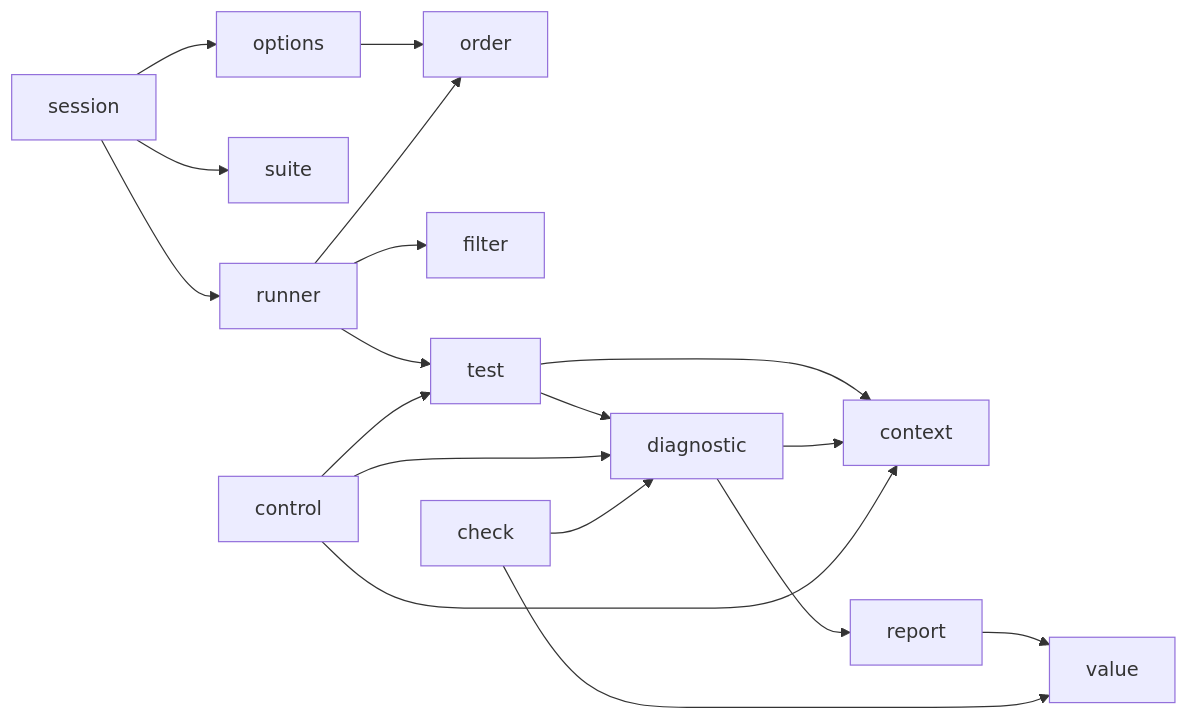
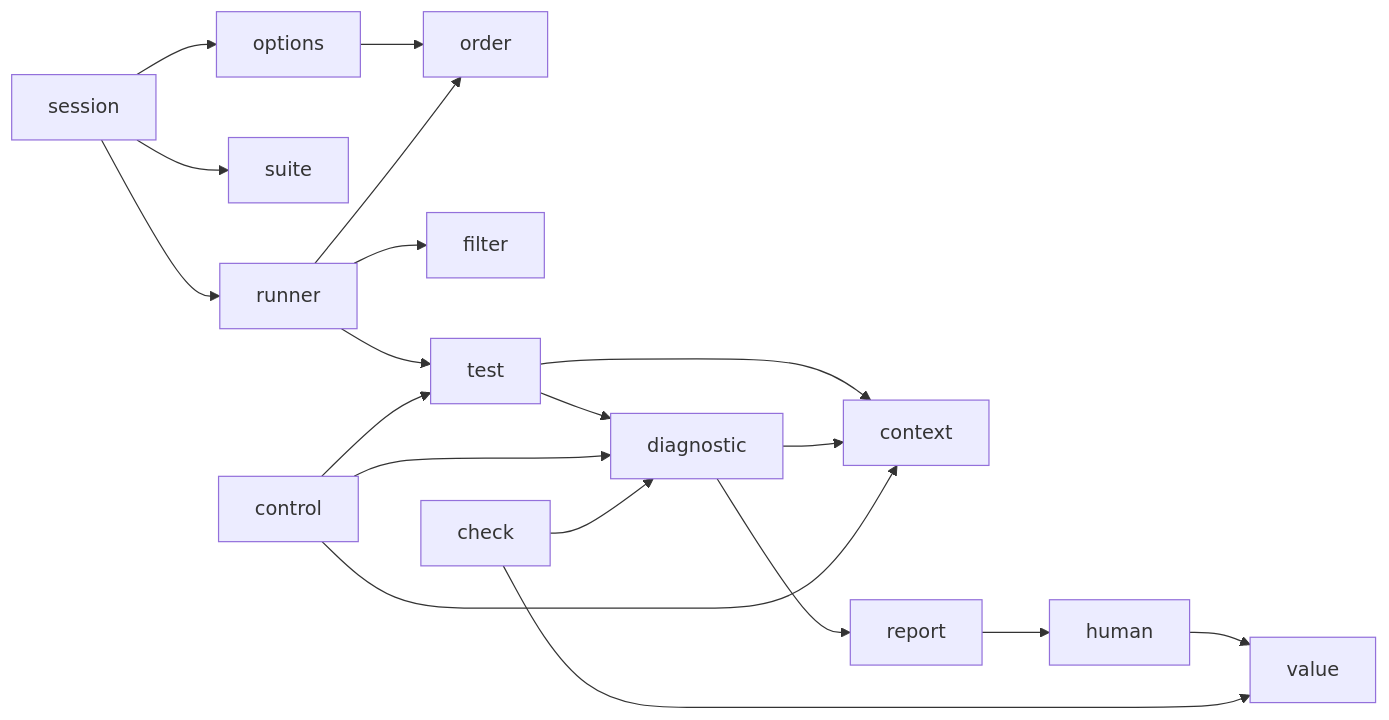
Before and after one commit to vabelorg/naos: the diagram in docs/development/architecture.md, drawn with Mermaid. The commit also changed other lines of this file and 12 other files, not shown here.

````diff
--- a/docs/development/architecture.md
+++ b/docs/development/architecture.md
@@ -52,13 +53,13 @@
 ```mermaid
 flowchart LR
   session --> options --> order
   session --> suite
   session --> runner
   runner --> filter & order
   runner --> test --> diagnostic
   test --> context
   diagnostic --> context
-  diagnostic --> report --> value
+  diagnostic --> report --> human --> value
   control --> test & diagnostic & context
   check --> diagnostic & value
 ```
````
